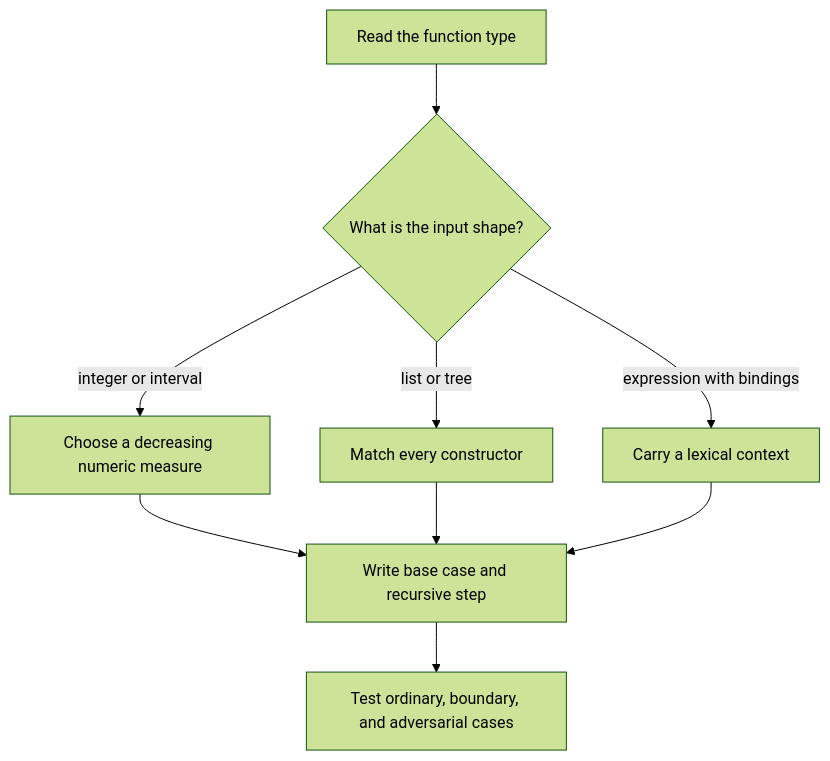
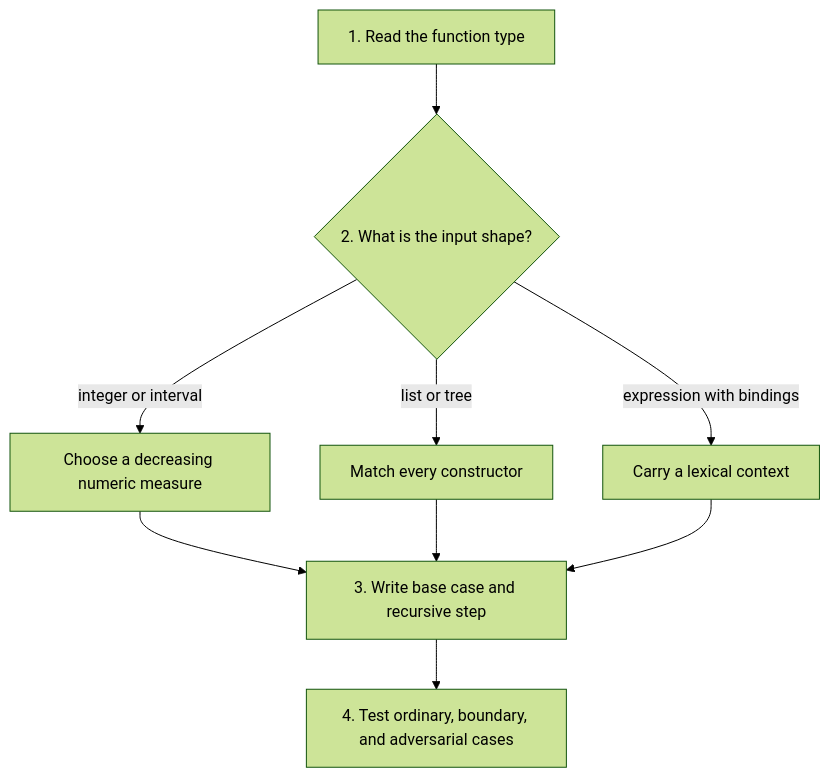
One commit to S0lluxx26/Programming_language_book_analyze changed the first of 2 diagrams in book/hw1.md. Above: the diagram before and after it, drawn with Mermaid (forest theme). The commit also changed other lines of this file and 60 other files, not shown here.

````diff
--- a/book/hw1.md
+++ b/book/hw1.md
@@ -5,13 +9,13 @@
 ```mermaid
 flowchart TD
   accTitle: Deriving a recursive homework function
   accDescr: Start from the signature, choose cases from the data, ensure the input decreases, combine recursive results, and test the invariant.
-  A["Read the function type"] --> B{"What is the input shape?"}
+  A["1. Read the function type"] --> B{"2. What is the input shape?"}
   B -->|"integer or interval"| C["Choose a decreasing numeric measure"]
   B -->|"list or tree"| D["Match every constructor"]
   B -->|"expression with bindings"| E["Carry a lexical context"]
-  C --> F["Write base case and recursive step"]
+  C --> F["3. Write base case and recursive step"]
   D --> F
   E --> F
-  F --> G["Test ordinary, boundary, and adversarial cases"]
+  F --> G["4. Test ordinary, boundary, and adversarial cases"]
 ```
````
